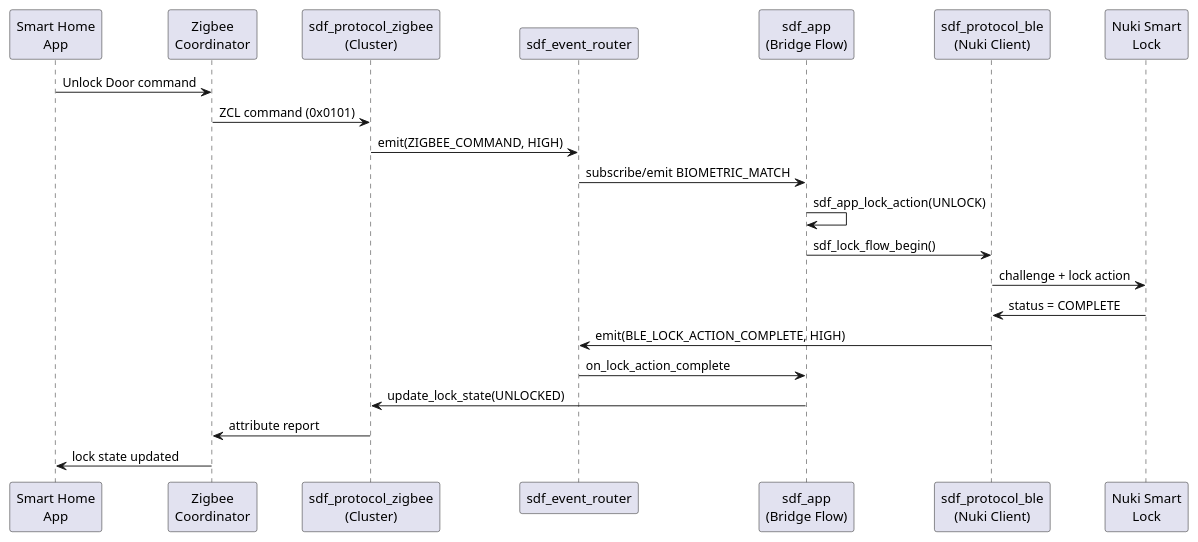
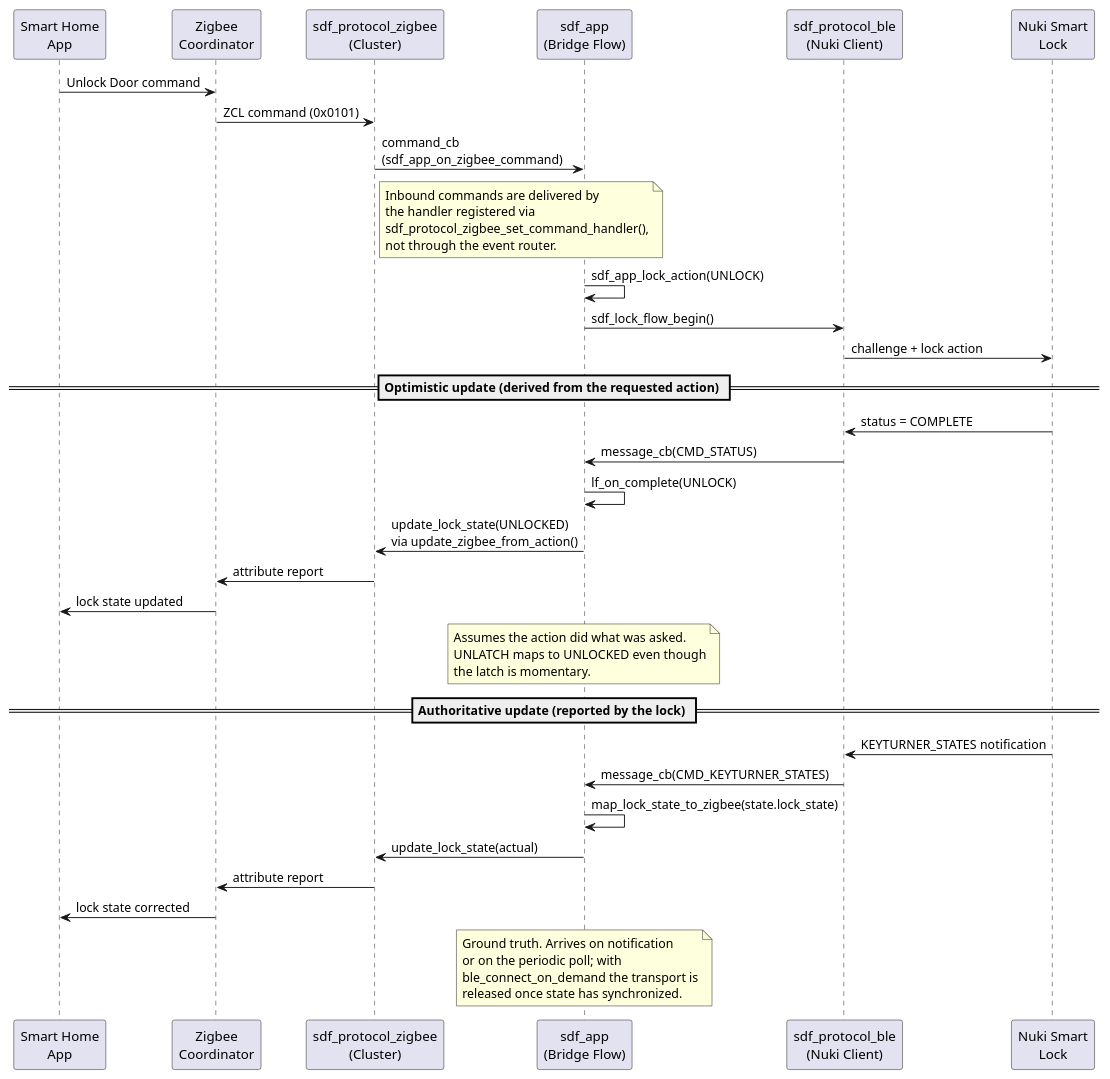
The ninth of 13 diagrams in doc/sdf_sas.md (thor-ro/finger_print), drawn with PlantUML before and after one commit. The commit also changed other lines of this file and 10 other files, not shown here.

````diff
--- a/doc/sdf_sas.md
+++ b/doc/sdf_sas.md
@@ -390,25 +392,36 @@
 ```plantuml
 @startuml
 participant "Smart Home\nApp" as HA
 participant "Zigbee\nCoordinator" as ZC
 participant "sdf_protocol_zigbee\n(Cluster)" as ZB
-participant "sdf_event_router" as EVT
 participant "sdf_app\n(Bridge Flow)" as APP
 participant "sdf_protocol_ble\n(Nuki Client)" as BLE
 participant "Nuki Smart\nLock" as NUKI
 
 HA -> ZC : Unlock Door command
 ZC -> ZB : ZCL command (0x0101)
-ZB -> EVT : emit(ZIGBEE_COMMAND, HIGH)
-EVT -> APP : subscribe/emit BIOMETRIC_MATCH
+ZB -> APP : command_cb\n(sdf_app_on_zigbee_command)
+note right of ZB : Inbound commands are delivered by\nthe handler registered via\nsdf_protocol_zigbee_set_command_handler(),\nnot through the event router.
 APP -> APP : sdf_app_lock_action(UNLOCK)
 APP -> BLE : sdf_lock_flow_begin()
 BLE -> NUKI : challenge + lock action
+
+== Optimistic update (derived from the requested action) ==
 NUKI -> BLE : status = COMPLETE
-BLE -> EVT : emit(BLE_LOCK_ACTION_COMPLETE, HIGH)
-EVT -> APP : on_lock_action_complete
-APP -> ZB : update_lock_state(UNLOCKED)
+BLE -> APP : message_cb(CMD_STATUS)
+APP -> APP : lf_on_complete(UNLOCK)
+APP -> ZB : update_lock_state(UNLOCKED)\nvia update_zigbee_from_action()
 ZB -> ZC : attribute report
 ZC -> HA : lock state updated
+note over APP : Assumes the action did what was asked.\nUNLATCH maps to UNLOCKED even though\nthe latch is momentary.
+
+== Authoritative update (reported by the lock) ==
+NUKI -> BLE : KEYTURNER_STATES notification
+BLE -> APP : message_cb(CMD_KEYTURNER_STATES)
+APP -> APP : map_lock_state_to_zigbee(state.lock_state)
+APP -> ZB : update_lock_state(actual)
+ZB -> ZC : attribute report
+ZC -> HA : lock state corrected
+note over APP : Ground truth. Arrives on notification\nor on the periodic poll; with\nble_connect_on_demand the transport is\nreleased once state has synchronized.
 @enduml
 ```
````
